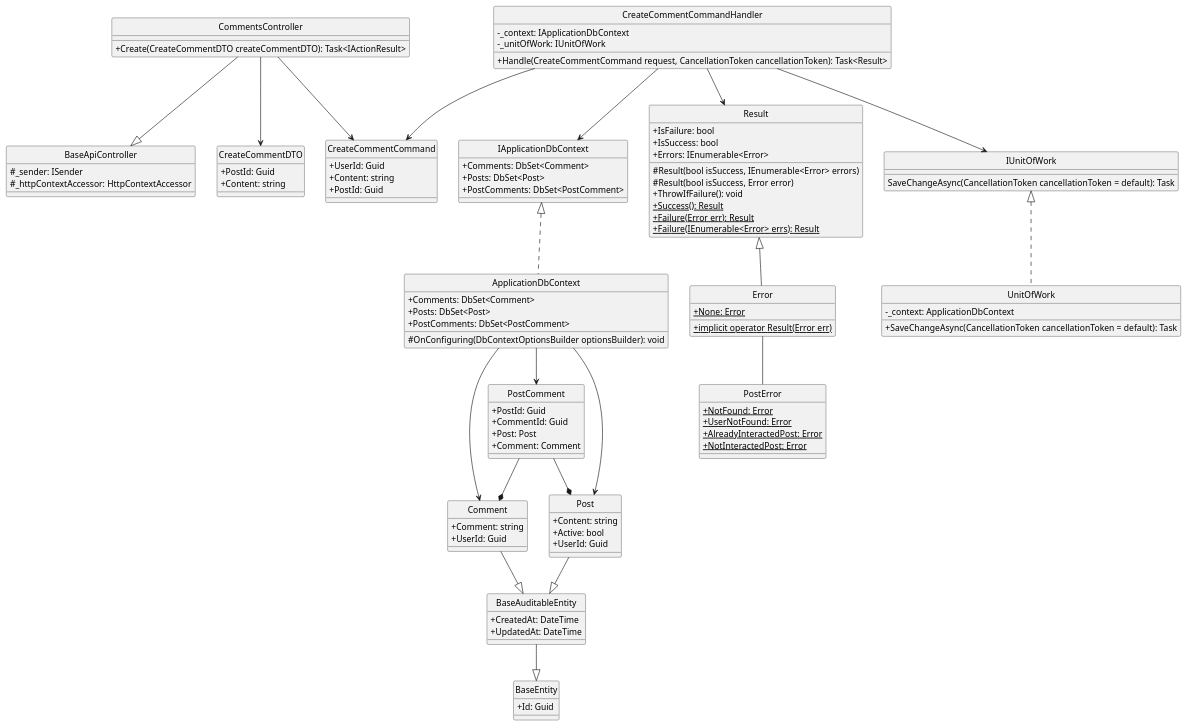
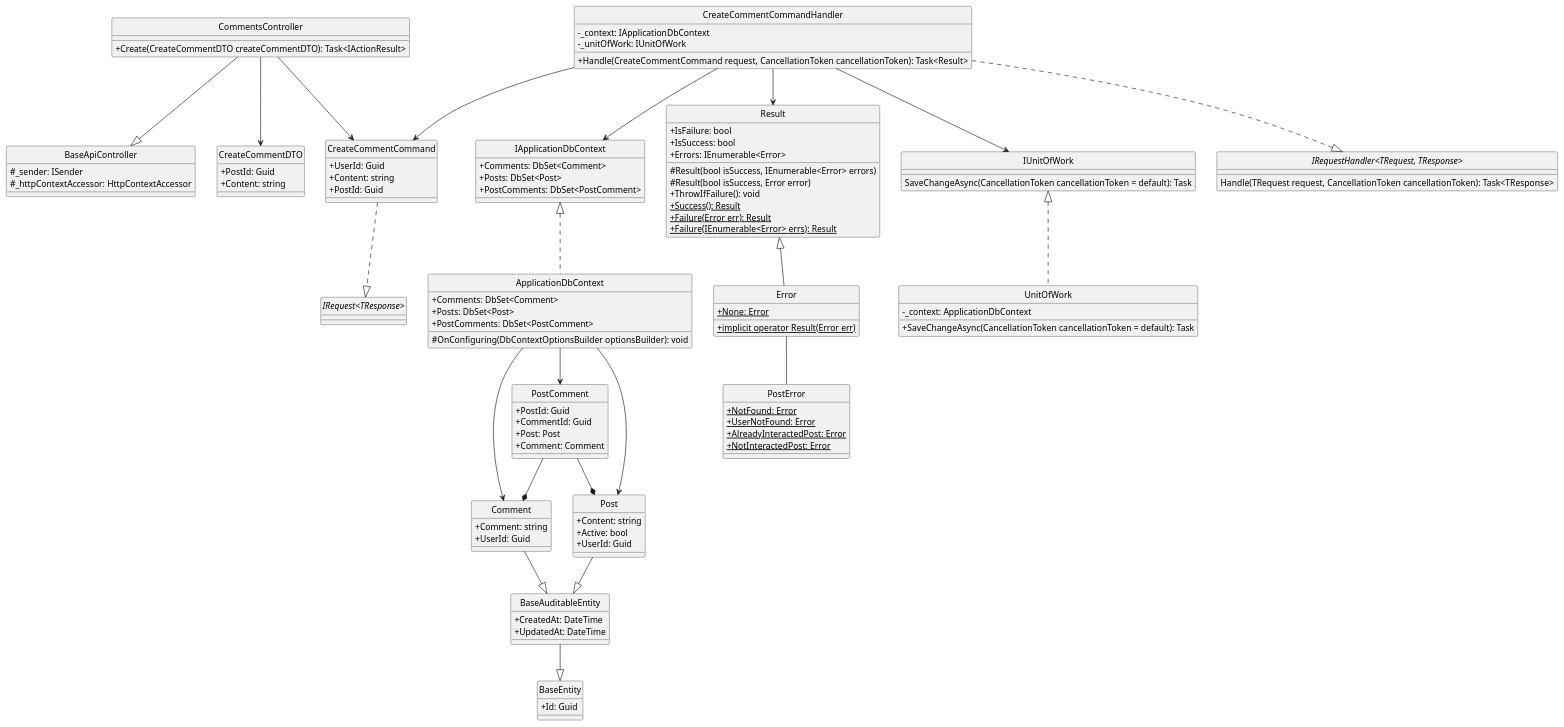
One commit to Carl-Johnsons/Chat-Application changed the diagram in docs/Class Diagram/Post/Comment/CreateComment/ClassDiagram.plantuml. Above: the diagram before and after it, drawn with PlantUML. The commit also changed 21 other files, not shown here.

Commit message:
update post class diagram

```diff
--- a/docs/Class Diagram/Post/Comment/CreateComment/ClassDiagram.plantuml
+++ b/docs/Class Diagram/Post/Comment/CreateComment/ClassDiagram.plantuml
@@ -1,127 +1,135 @@
-@startuml 
+@startuml createComment
 hide circle
 skinparam classAttributeIconSize 0
 
 class BaseApiController {
     #_sender: ISender 
     #_httpContextAccessor: HttpContextAccessor 
 }
 
 class CommentsController {
     +Create(CreateCommentDTO createCommentDTO): Task<IActionResult> 
 }
 
 class CreateCommentCommand {
     +UserId: Guid 
     +Content: string 
     +PostId: Guid 
 }
 
 class CreateCommentCommandHandler {
     -_context: IApplicationDbContext
     -_unitOfWork: IUnitOfWork 
     +Handle(CreateCommentCommand request, CancellationToken cancellationToken): Task<Result>
 }
 
 class IApplicationDbContext {
     +Comments: DbSet<Comment> 
     +Posts: DbSet<Post> 
     +PostComments: DbSet<PostComment>
 }
 
 class ApplicationDbContext {
     +Comments: DbSet<Comment>
     +Posts: DbSet<Post>
     +PostComments: DbSet<PostComment>
     #OnConfiguring(DbContextOptionsBuilder optionsBuilder): void
 }
 
 class Result {
     +IsFailure: bool 
     +IsSuccess: bool 
     +Errors: IEnumerable<Error> 
     #Result(bool isSuccess, IEnumerable<Error> errors)
     #Result(bool isSuccess, Error error)
     +ThrowIfFailure(): void
     +{static} Success(): Result
     +{static} Failure(Error err): Result
     +{static} Failure(IEnumerable<Error> errs): Result
 }
 
 class Error {
     +{static} None: Error
     +{static} implicit operator Result(Error err)
 }
 
 class IUnitOfWork {
     SaveChangeAsync(CancellationToken cancellationToken = default): Task 
 }
 
 class UnitOfWork {
     -_context: ApplicationDbContext
     +SaveChangeAsync(CancellationToken cancellationToken = default): Task
 }
 
 class PostError {
     +{static} NotFound: Error
     +{static} UserNotFound: Error
     +{static} AlreadyInteractedPost: Error
     +{static} NotInteractedPost: Error
 }
 
 class CreateCommentDTO {
     +PostId: Guid
     +Content: string
 }
 
 class BaseEntity {
     +Id: Guid
 }
 
 class BaseAuditableEntity{
     +CreatedAt: DateTime
     +UpdatedAt: DateTime 
 }
 
 class Comment {
     +Comment: string
     +UserId: Guid
 }
 
 class PostComment {
     +PostId: Guid
     +CommentId: Guid
     +Post: Post
     +Comment: Comment
 }
 
 class Post {
     +Content: string
     +Active: bool
     +UserId: Guid
 }
+
+interface "IRequest<TResponse>"
+interface "IRequestHandler<TRequest, TResponse>"{
+    Handle(TRequest request, CancellationToken cancellationToken): Task<TResponse>
+}
+
 ' ==== Create Comment ====
 'API Layer
 CommentsController --|> BaseApiController
 CommentsController --> CreateCommentCommand
 CommentsController --> CreateCommentDTO
 'Application Layer
+CreateCommentCommand ..|> "IRequest<TResponse>"
 CreateCommentCommandHandler --> CreateCommentCommand
 CreateCommentCommandHandler --> Result
 CreateCommentCommandHandler --> IUnitOfWork
 CreateCommentCommandHandler --> IApplicationDbContext
+CreateCommentCommandHandler ..|> "IRequestHandler<TRequest, TResponse>"
 'Domain Layer
 Result <|-- Error
 Error -- PostError
 Comment --|> BaseAuditableEntity
 Post --|> BaseAuditableEntity
 BaseAuditableEntity --|> BaseEntity
 PostComment --* Post
 PostComment --* Comment
 'Infrastructure Layer
 IUnitOfWork <|.. UnitOfWork
 IApplicationDbContext <|.. ApplicationDbContext
 ApplicationDbContext --> Comment
 ApplicationDbContext --> PostComment
 ApplicationDbContext --> Post
 @enduml
```
